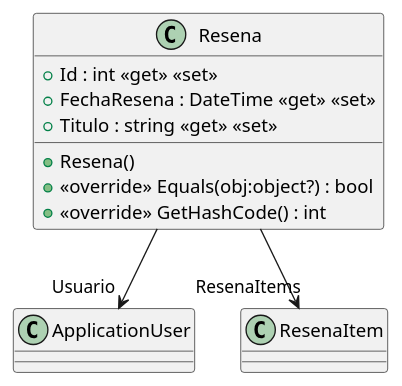
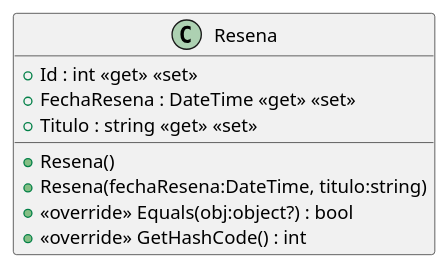
Before and after one commit to ISII2627NPA/ISII2627NPA: the diagram in src/AppForSEII.API/ClassDiagram/Resena.puml, drawn with PlantUML. The commit also changed 2 other files, not shown here.

Commit message:
Corrección en la configuración de los diagramas y en el código de Resena.cs

```diff
--- a/src/AppForSEII.API/ClassDiagram/Resena.puml
+++ b/src/AppForSEII.API/ClassDiagram/Resena.puml
@@ -1,13 +1,11 @@
 @startuml
 class Resena {
-    + Resena()
     + Id : int <<get>> <<set>>
     + FechaResena : DateTime <<get>> <<set>>
     + Titulo : string <<get>> <<set>>
+    + Resena()
+    + Resena(fechaResena:DateTime, titulo:string)
     + <<override>> Equals(obj:object?) : bool
     + <<override>> GetHashCode() : int
 }
-
-Resena --> "Usuario" ApplicationUser
-Resena --> "ResenaItems" ResenaItem     
 @enduml
```
